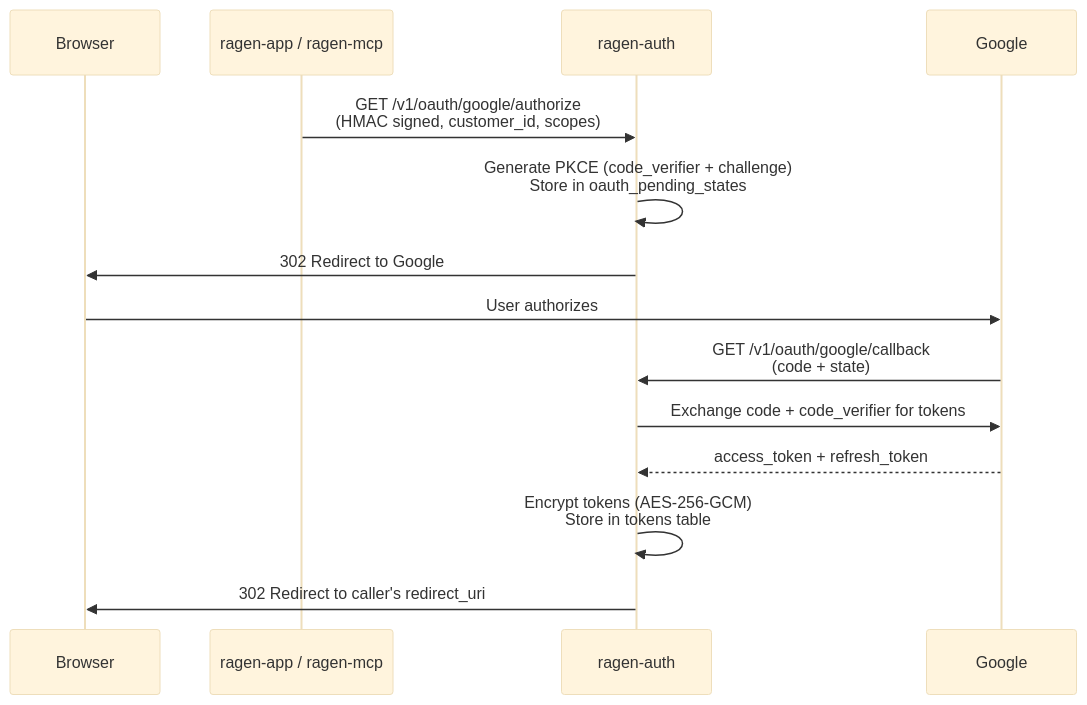
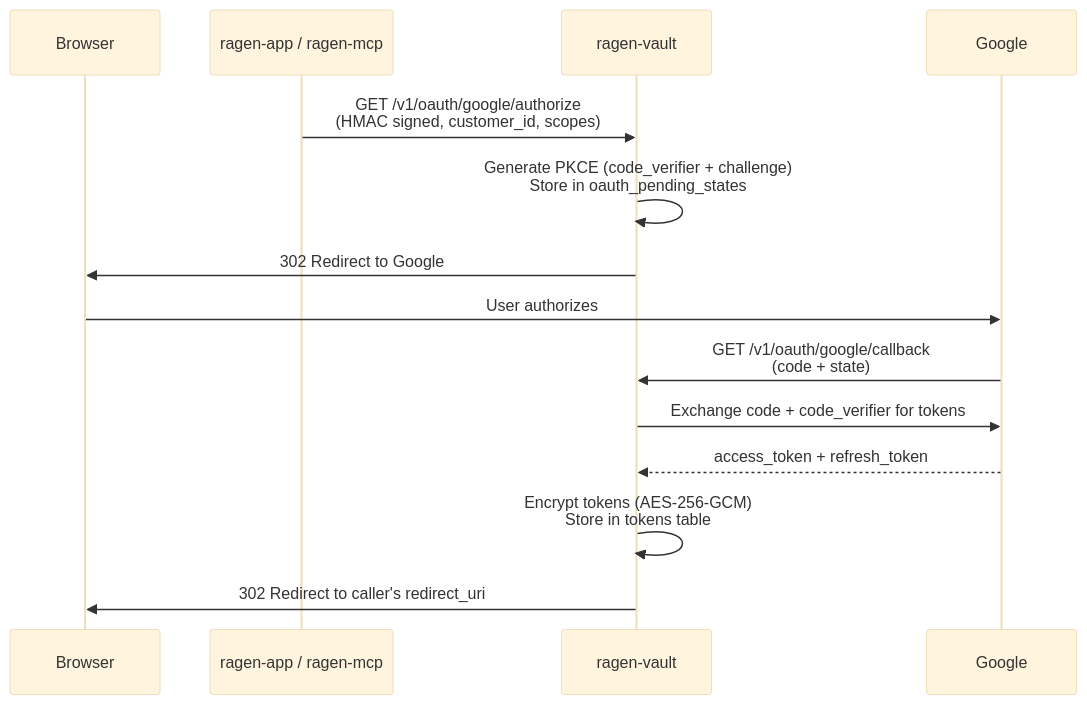
Before and after one commit to webamigos/ragen-token-vault: the second of 2 diagrams in README.md, drawn with Mermaid (base theme). The commit also changed other lines of this file and 10 other files, not shown here.

Commit message:
refactor: rename ragen-auth to ragen-vault

````diff
--- a/README.md
+++ b/README.md
@@ -100,17 +100,17 @@
 ```mermaid
 sequenceDiagram
     participant Browser
     participant Caller as ragen-app / ragen-mcp
-    participant Auth as ragen-auth
+    participant Auth as ragen-vault
     participant Google
 
     Caller->>Auth: GET /v1/oauth/google/authorize<br/>(HMAC signed, customer_id, scopes)
     Auth->>Auth: Generate PKCE (code_verifier + challenge)<br/>Store in oauth_pending_states
     Auth->>Browser: 302 Redirect to Google
     Browser->>Google: User authorizes
     Google->>Auth: GET /v1/oauth/google/callback<br/>(code + state)
     Auth->>Google: Exchange code + code_verifier for tokens
     Google-->>Auth: access_token + refresh_token
     Auth->>Auth: Encrypt tokens (AES-256-GCM)<br/>Store in tokens table
     Auth->>Browser: 302 Redirect to caller's redirect_uri
 ```
````
